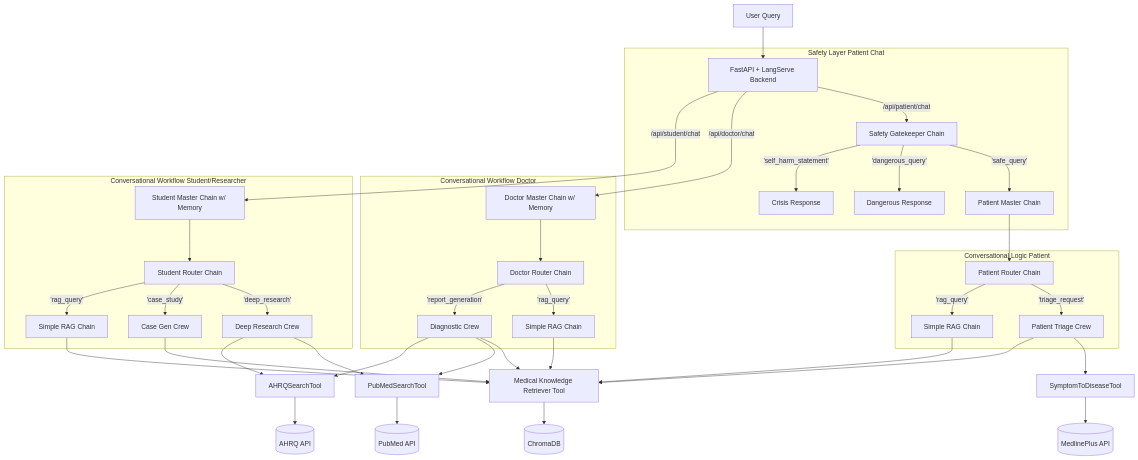
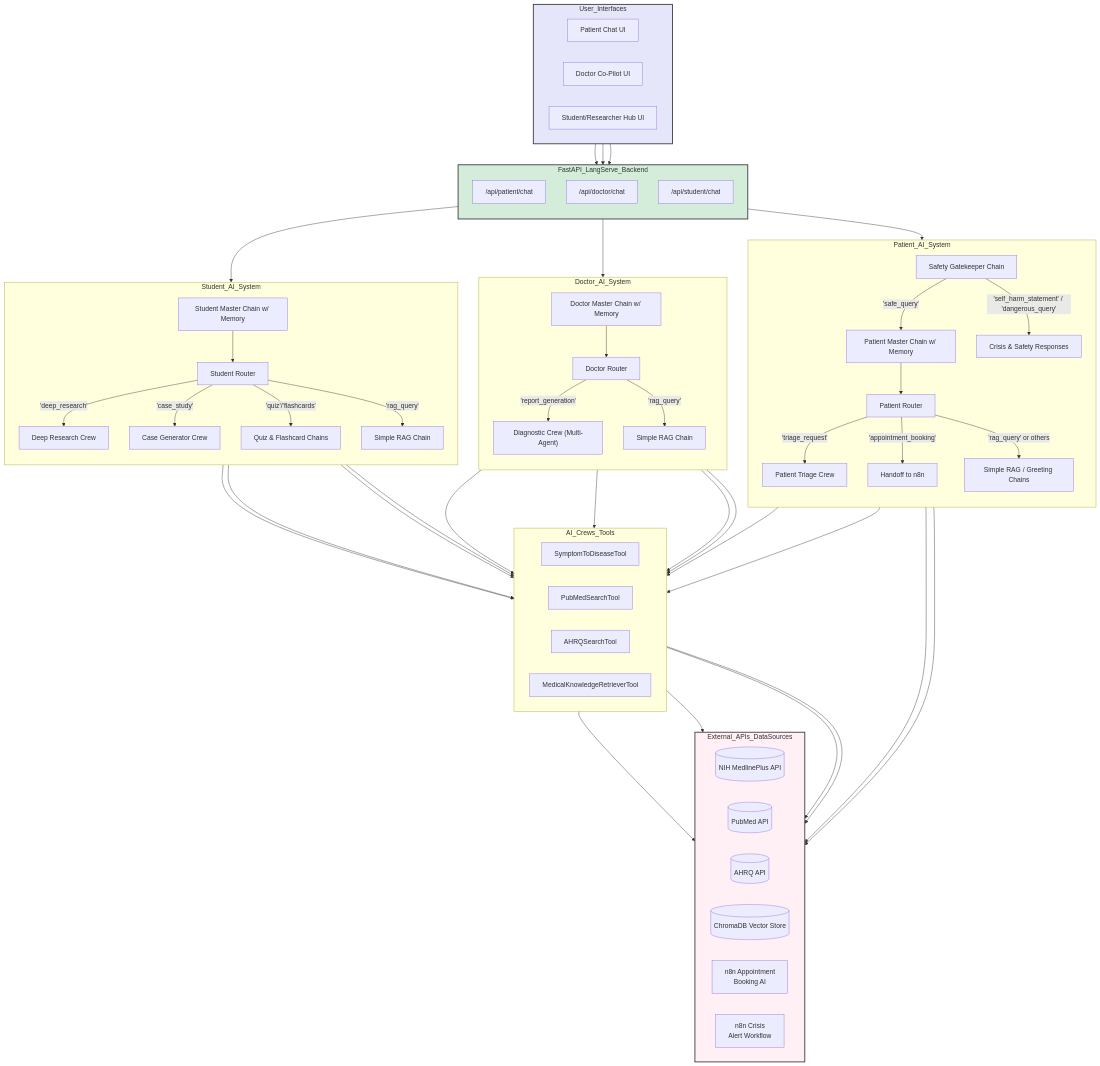
One commit to fidelis3/grad changed the diagram in AI_Backend/medai/Visual/blueprint.md. Above: the diagram before and after it, drawn with Mermaid. The commit also changed other lines of this file and 12 other files, not shown here.

````diff
--- a/AI_Backend/medai/Visual/blueprint.md
+++ b/AI_Backend/medai/Visual/blueprint.md
@@ -22,53 +1,72 @@
 ```mermaid
 flowchart TB
-    U[User Query] --> API[FastAPI + LangServe Backend]
-
-    subgraph Safety Layer Patient Chat
-        API -- "/api/patient/chat" --> SC[Safety Gatekeeper Chain]
-        SC -->|'safe_query'| PMC[Patient Master Chain]
-        SC -->|'dangerous_query'| DR[Dangerous Response]
-        SC -->|'self_harm_statement'| CR[Crisis Response]
+    subgraph User_Interfaces
+        direction LR
+        PatientUI[Patient Chat UI]
+        DoctorUI[Doctor Co-Pilot UI]
+        StudentUI[Student/Researcher Hub UI]
     end
 
-    subgraph Conversational Logic Patient
-        PMC --> PR[Patient Router Chain]
-        PR -->|'triage_request'| PTC[Patient Triage Crew]
-        PR -->|'rag_query'| RAG[Simple RAG Chain]
+    subgraph FastAPI_LangServe_Backend
+        direction TB
+        PatientUI --> PatientChat["/api/patient/chat"]
+        DoctorUI --> DoctorChat["/api/doctor/chat"]
+        StudentUI --> StudentChat["/api/student/chat"]
     end
 
-    subgraph Conversational Workflow Doctor
-        API -- "/api/doctor/chat" --> DCM[Doctor Master Chain w/ Memory]
-        DCM --> DRTR[Doctor Router Chain]
-        DRTR -->|'rag_query'| D_RAG[Simple RAG Chain]
-        DRTR -->|'report_generation'| DC[Diagnostic Crew]
+    subgraph Patient_AI_System
+        direction TB
+        PatientChat --> SafetyGatekeeper["Safety Gatekeeper Chain"]
+        SafetyGatekeeper --> |"'safe_query'"| PatientMaster[Patient Master Chain w/ Memory]
+        SafetyGatekeeper --> |"'self_harm_statement' / 'dangerous_query'"| CrisisResponse["Crisis & Safety Responses"]
+        
+        PatientMaster --> PatientRouter["Patient Router"]
+        PatientRouter --> |"'triage_request'"| TriageCrew["Patient Triage Crew"]
+        PatientRouter --> |"'appointment_booking'"| ApptHandoff["Handoff to n8n"]
+        PatientRouter --> |"'rag_query' or others"| SimpleRAG1["Simple RAG / Greeting Chains"]
     end
     
-    subgraph Conversational Workflow Student/Researcher
-        API -- "/api/student/chat" --> SCM[Student Master Chain w/ Memory]
-        SCM --> SRTR[Student Router Chain]
-        SRTR -->|'deep_research'| SRC[Deep Research Crew]
-        SRTR -->|'case_study'| SGC[Case Gen Crew]
-        SRTR -->|'rag_query'| S_RAG[Simple RAG Chain]
+    subgraph Doctor_AI_System
+        direction TB
+        DoctorChat --> DoctorMaster[Doctor Master Chain w/ Memory]
+        DoctorMaster --> DoctorRouter["Doctor Router"]
+        DoctorRouter --> |"'report_generation'"| DiagnosticCrew["Diagnostic Crew (Multi-Agent)"]
+        DoctorRouter --> |"'rag_query'"| SimpleRAG2["Simple RAG Chain"]
     end
-    
-    DC --> MKR[Medical Knowledge Retriever Tool]
-    DC --> PST[PubMedSearchTool]
-    DC --> AST[AHRQSearchTool]
 
-    PTC --> ST[SymptomToDiseaseTool]
-    PTC --> MKR
-    
-    SRC --> PST
-    SRC --> AST
+    subgraph Student_AI_System
+        direction TB
+        StudentChat --> StudentMaster[Student Master Chain w/ Memory]
+        StudentMaster --> StudentRouter["Student Router"]
+        StudentRouter --> |"'deep_research'"| ResearchCrew["Deep Research Crew"]
+        StudentRouter --> |"'case_study'"| CaseGenCrew["Case Generator Crew"]
+        StudentRouter --> |"'quiz'/'flashcards'"| ContentGen["Quiz & Flashcard Chains"]
+        StudentRouter --> |"'rag_query'"| SimpleRAG3["Simple RAG Chain"]
+    end
 
-    SGC --> MKR
-    
-    RAG --> MKR
-    D_RAG --> MKR
-    S_RAG --> MKR
+    subgraph AI_Crews_Tools
+        direction LR
+        TriageCrew --> SymptomTool["SymptomToDiseaseTool"]
+        DiagnosticCrew --> SymptomTool
+        DiagnosticCrew --> PubMedTool["PubMedSearchTool"]
+        DiagnosticCrew --> AHRQTool["AHRQSearchTool"]
+        ResearchCrew --> PubMedTool
+        ResearchCrew --> AHRQTool
+        SimpleRAG1 & SimpleRAG2 & SimpleRAG3 --> RAGTool["MedicalKnowledgeRetrieverTool"]
+        CaseGenCrew --> RAGTool
+    end
 
-    ST --> NIH[(MedlinePlus API)]
-    PST --> PUBMED[(PubMed API)]
-    AST --> AHRQ[(AHRQ API)]
-    MKR --> VDB[(ChromaDB)]
-``` 
+    subgraph External_APIs_DataSources
+        direction LR
+        SymptomTool --> NIH[(NIH MedlinePlus API)]
+        PubMedTool --> PubMed[(PubMed API)]
+        AHRQTool --> AHRQ[(AHRQ API)]
+        RAGTool --> ChromaDB[(ChromaDB Vector Store)]
+        ApptHandoff --> N8N_Appt["n8n Appointment<br>Booking AI"]
+        CrisisResponse --> N8N_Crisis["n8n Crisis<br>Alert Workflow"]
+    end
+
+    style User_Interfaces fill:#e6e6fa,stroke:#333,stroke-width:2px
+    style FastAPI_LangServe_Backend fill:#d4edda,stroke:#333,stroke-width:2px
+    style External_APIs_DataSources fill:#fff0f5,stroke:#333,stroke-width:2px
+```    
````
